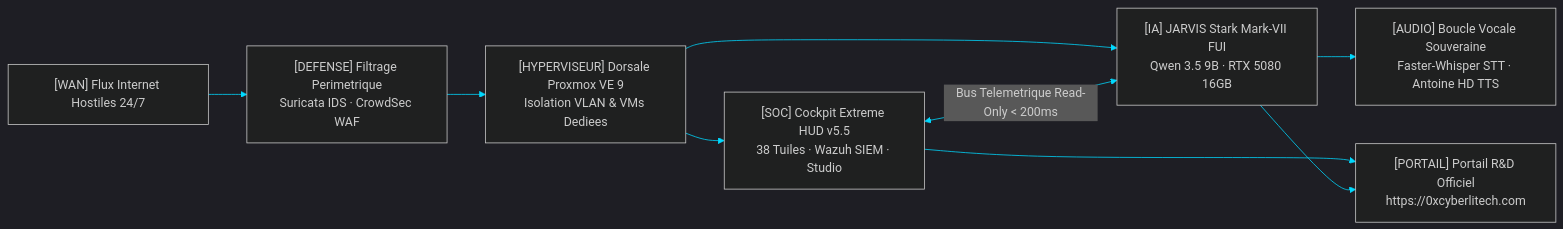
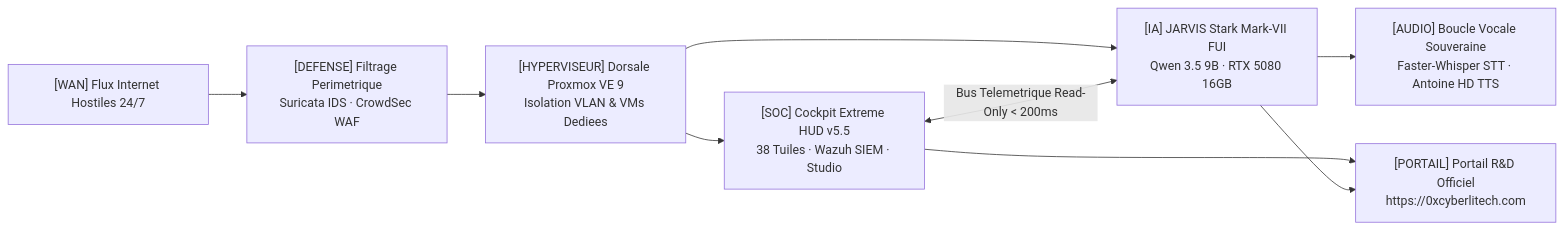
The diagram in README.md (0xCyberLiTech/0xcyberlitech), drawn with Mermaid before and after one commit. The commit also changed 52 other files, not shown here.

````diff
--- a/README.md
+++ b/README.md
@@ -46,12 +46,11 @@
 ```mermaid
-%%{init: {'theme': 'dark', 'themeVariables': { 'primaryColor': '#091326', 'primaryTextColor': '#f8fafc', 'primaryBorderColor': '#00d9ff', 'lineColor': '#00d9ff', 'secondaryColor': '#060b16', 'tertiaryColor': '#0b1528'}}}%%
 flowchart LR
     WAN["[WAN] Flux Internet Hostiles 24/7"] --> FW["[DEFENSE] Filtrage Perimetrique<br/>Suricata IDS · CrowdSec WAF"]
     FW --> PVE["[HYPERVISEUR] Dorsale Proxmox VE 9<br/>Isolation VLAN & VMs Dediees"]
     PVE --> SOC["[SOC] Cockpit Extreme HUD v5.5<br/>38 Tuiles · Wazuh SIEM · Studio"]
     PVE --> JARVIS["[IA] JARVIS Stark Mark-VII FUI<br/>Qwen 3.5 9B · RTX 5080 16GB"]
     SOC <-->|"Bus Telemetrique Read-Only < 200ms"| JARVIS
     JARVIS --> VOICE["[AUDIO] Boucle Vocale Souveraine<br/>Faster-Whisper STT · Antoine HD TTS"]
     SOC --> PORTAL["[PORTAIL] Portail R&D Officiel<br/>https://0xcyberlitech.com"]
     JARVIS --> PORTAL
 ```
````
